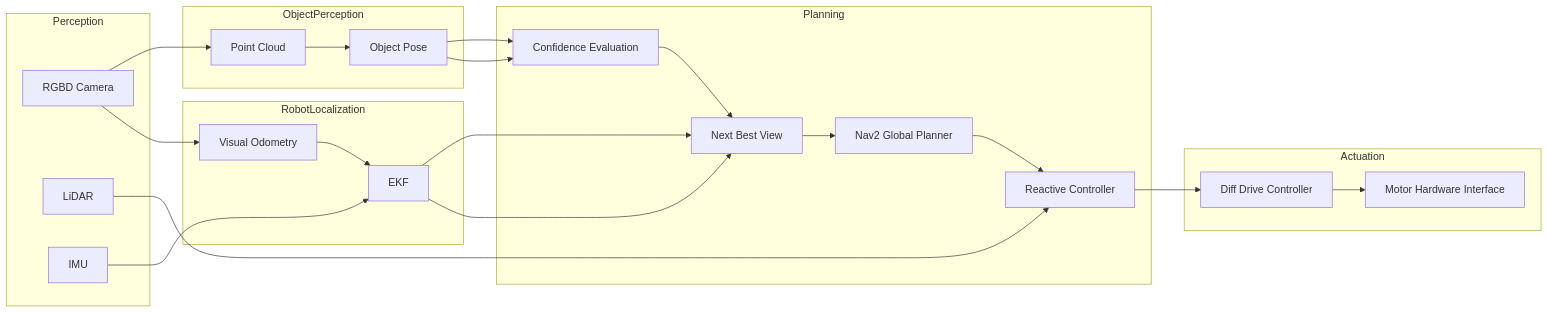
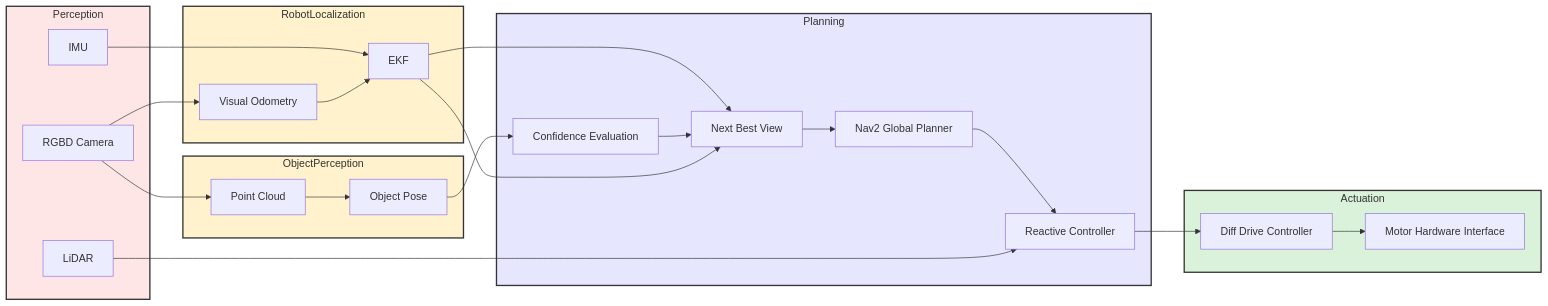
The diagram in project/report1.md (SeasonedLeo/RAS_Mobile_Robotics_Vision), drawn with Mermaid before and after one commit.

Commit message:
color for blocks

````diff
--- a/project/report1.md
+++ b/project/report1.md
@@ -90,54 +90,60 @@
 ```mermaid
 flowchart LR
 
   subgraph Perception
     RGBD[RGBD Camera]
     LIDAR[LiDAR]
     IMU[IMU]
   end
 
   subgraph ObjectPerception
     PCP[Point Cloud]
     OPE[Object Pose]
   end
 
   subgraph RobotLocalization
     VO[Visual Odometry]
     EKF[EKF]
   end
   subgraph Planning
     CONF[Confidence Evaluation]
     NBV[Next Best View]
     NAV2[Nav2 Global Planner]
     RC[Reactive Controller]
   end
 
   subgraph Actuation
     DDC[Diff Drive Controller]
     MHI[Motor Hardware Interface]
   end
 
   %% Perception → Object perception
   RGBD --> PCP
   PCP --> OPE
-  OPE --> CONF
 
   %% Perception → Localization
   RGBD --> VO
   IMU --> EKF
   VO --> EKF
   EKF --> NBV
 
   %% Estimation to planning
   OPE --> CONF
   CONF --> NBV
   EKF --> NBV
 
   %% Planning to actuation
   NBV --> NAV2
   NAV2 --> RC
   LIDAR --> RC
   RC --> DDC
   DDC --> MHI
 
+  %% Styles
+  style Perception fill:#ffe6e6,stroke:#333,stroke-width:2px
+  style ObjectPerception fill:#fff2cc,stroke:#333,stroke-width:2px
+  style RobotLocalization fill:#fff2cc,stroke:#333,stroke-width:2px
+  style Planning fill:#e6e6ff,stroke:#333,stroke-width:2px
+  style Actuation fill:#d9f2d9,stroke:#333,stroke-width:2px
+
 ```
````
